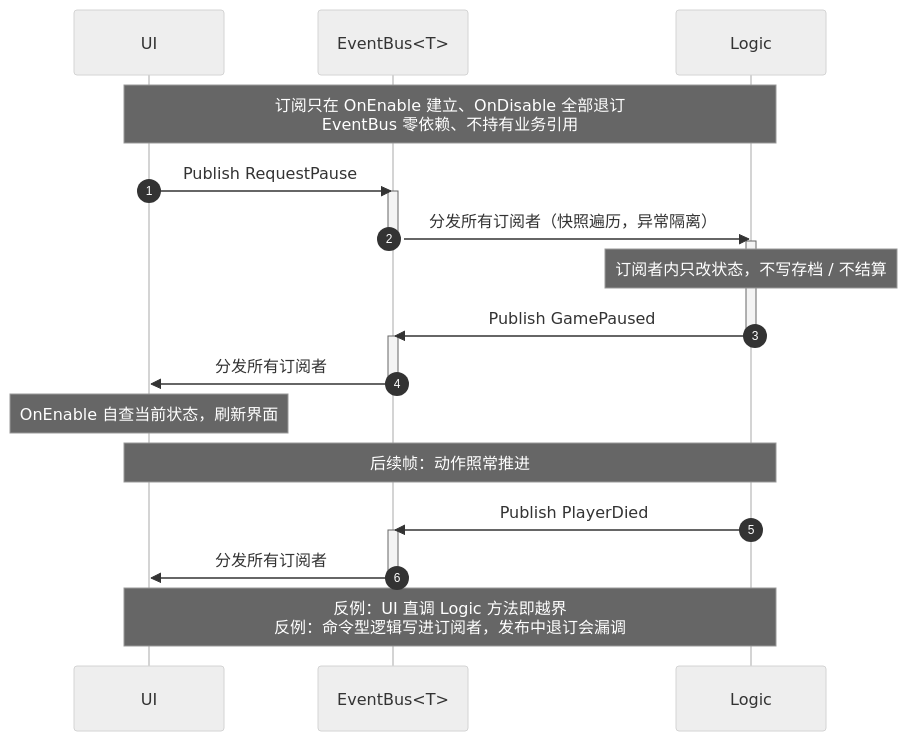
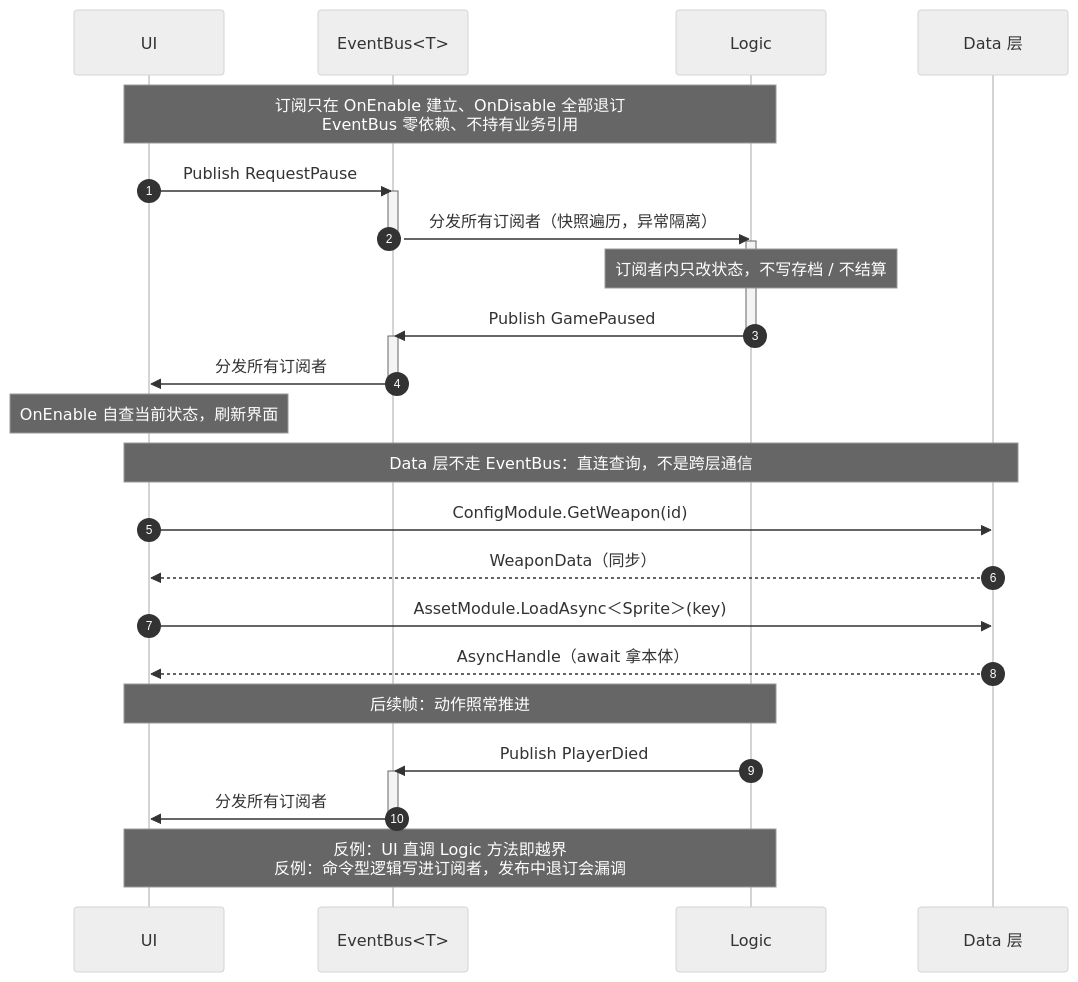
One commit to 5FYZhou/deepseaoil changed the diagram in Docs/框架设计/sources/04-event-flow.mmd. Above: the diagram before and after it, drawn with Mermaid (neutral theme). The commit also changed 7 other files, not shown here.

First line of the commit message:
docs(framework): 蓝图并入 Data 层与总览，重写程序集/目录节

```diff
--- a/Docs/框架设计/sources/04-event-flow.mmd
+++ b/Docs/框架设计/sources/04-event-flow.mmd
@@ -1,31 +1,39 @@
 %% 图4｜意图事件流程｜回答：UI 想改游戏状态怎么改？一条意图事件走完是哪几步？
 %% 读法：时间轴自上而下；activate 区间 = 本次事件真正执行到的代码范围；发布实线、返回虚线。
 %% 维护：事件名必须与 Events/GameEvents.cs 的登记名一致；意图祈使式、事实过去式。
+%%       Data 层只出现在"直连查询"段，永远不出现在 EventBus 的发布/订阅两端。
 sequenceDiagram
   autonumber
   participant UI as UI
   participant Bus as EventBus<T>
   participant Logic as Logic
+  participant Data as Data 层
 
   Note over UI,Logic: 订阅只在 OnEnable 建立、OnDisable 全部退订<br/>EventBus 零依赖、不持有业务引用
 
   UI->>Bus: Publish RequestPause
   activate Bus
   Bus->>Logic: 分发所有订阅者（快照遍历，异常隔离）
   deactivate Bus
   activate Logic
   Note over Logic: 订阅者内只改状态，不写存档 / 不结算
   Logic->>Bus: Publish GamePaused
   deactivate Logic
   activate Bus
   Bus->>UI: 分发所有订阅者
   deactivate Bus
   Note over UI: OnEnable 自查当前状态，刷新界面
 
+  Note over UI,Data: Data 层不走 EventBus：直连查询，不是跨层通信
+  UI->>Data: ConfigModule.GetWeapon(id)
+  Data-->>UI: WeaponData（同步）
+  UI->>Data: AssetModule.LoadAsync＜Sprite＞(key)
+  Data-->>UI: AsyncHandle（await 拿本体）
+
   Note over UI,Logic: 后续帧：动作照常推进
   Logic->>Bus: Publish PlayerDied
   activate Bus
   Bus->>UI: 分发所有订阅者
   deactivate Bus
 
   Note over UI,Logic: 反例：UI 直调 Logic 方法即越界<br/>反例：命令型逻辑写进订阅者，发布中退订会漏调
```
